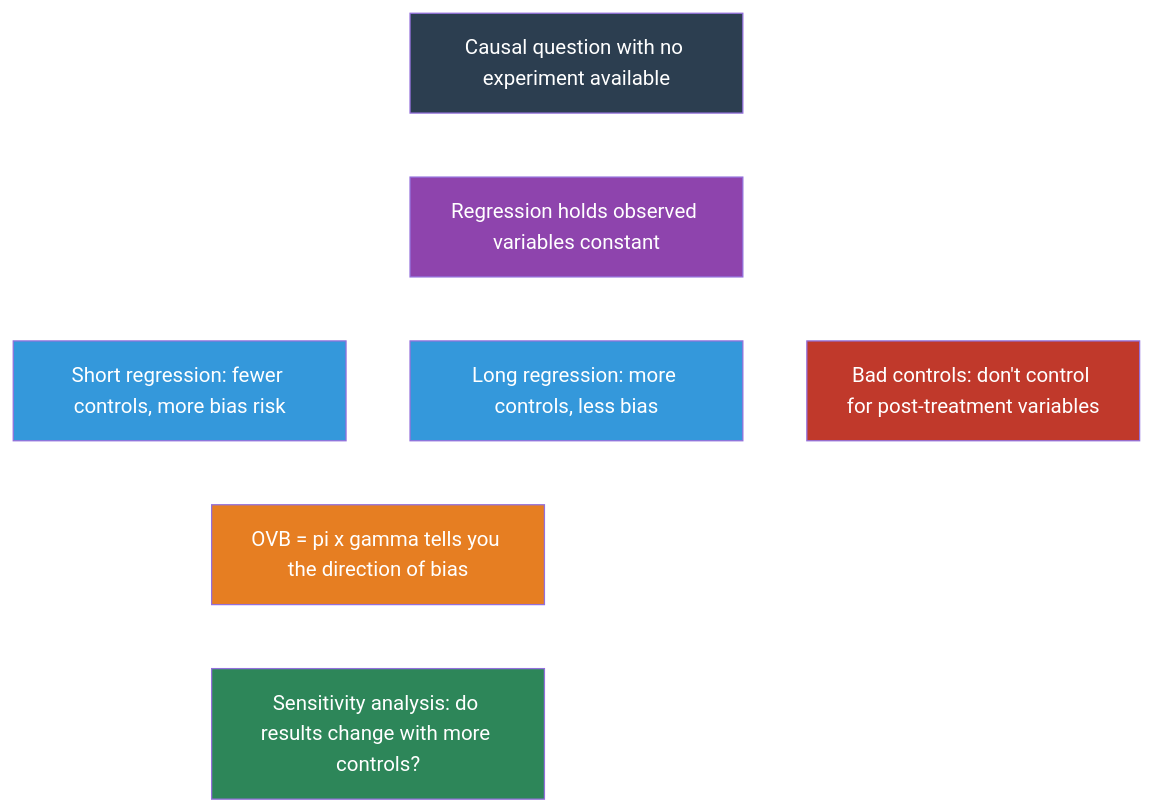
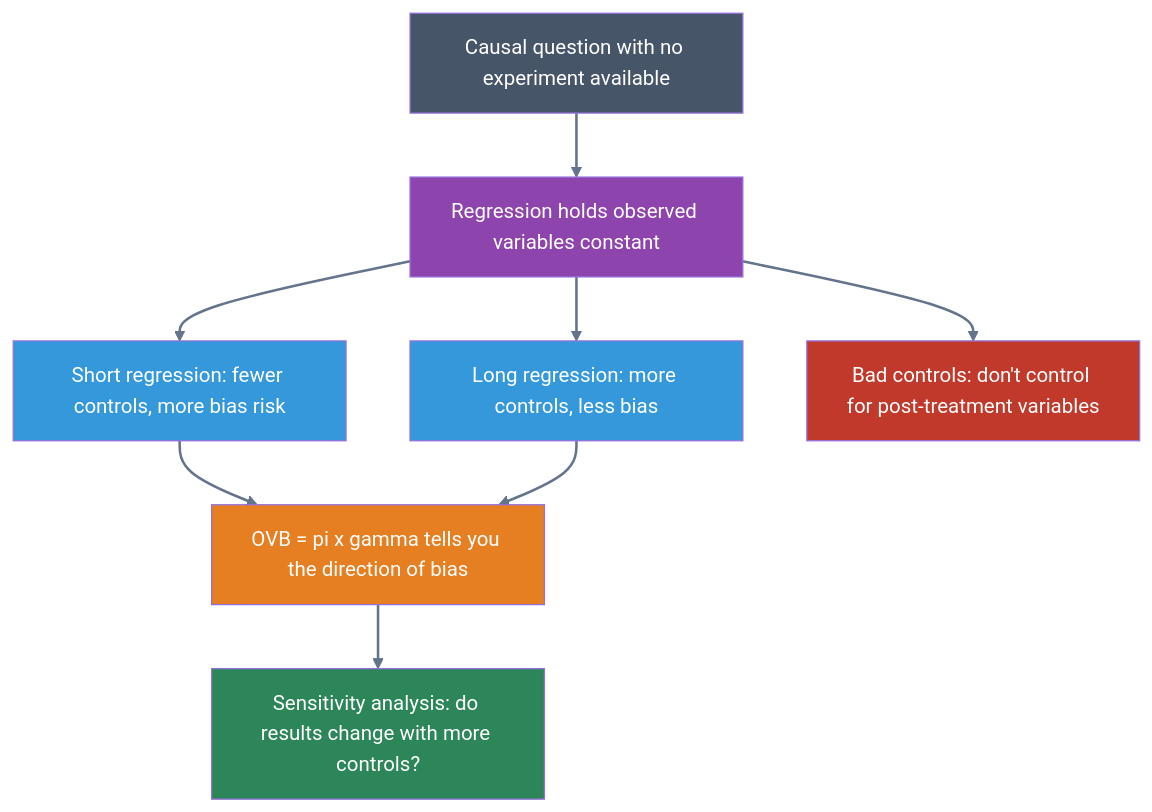
Before and after one commit to cmg777/intro2causal: the second of 2 diagrams in book/notebooks_quarto/02-regression.qmd, drawn with Mermaid. The commit also changed other lines of this file and 5 other files, not shown here.

First line of the commit message:
Fix mermaid diagram colors for dark/light theme visibility

````diff
--- a/book/notebooks_quarto/02-regression.qmd
+++ b/book/notebooks_quarto/02-regression.qmd
@@ -385,30 +385,30 @@
 ```{mermaid}
 %%| label: fig-concept-map
 %%| fig-cap: "How the key concepts of Chapter 2 connect"
 
 graph TD
     Q["Causal question with no experiment available"]
     REG["Regression holds observed variables constant"]
     SHORT["Short regression: fewer controls, more bias risk"]
     LONG["Long regression: more controls, less bias"]
     OVB["OVB = pi x gamma tells you the direction of bias"]
     SENS["Sensitivity analysis: do results change with more controls?"]
     BC["Bad controls: don't control for post-treatment variables"]
 
     Q --> REG
     REG --> SHORT
     REG --> LONG
     SHORT --> OVB
     LONG --> OVB
     OVB --> SENS
     REG --> BC
 
-    style Q fill:#2c3e50,color:#fff
+    style Q fill:#475569,color:#fff
     style REG fill:#8e44ad,color:#fff
     style SHORT fill:#3498db,color:#fff
     style LONG fill:#3498db,color:#fff
     style OVB fill:#e67e22,color:#fff
     style SENS fill:#2d8659,color:#fff
     style BC fill:#c0392b,color:#fff
-    linkStyle default stroke:#fff,stroke-width:2px
+    linkStyle default stroke:#64748b,stroke-width:2px
 ```
````
